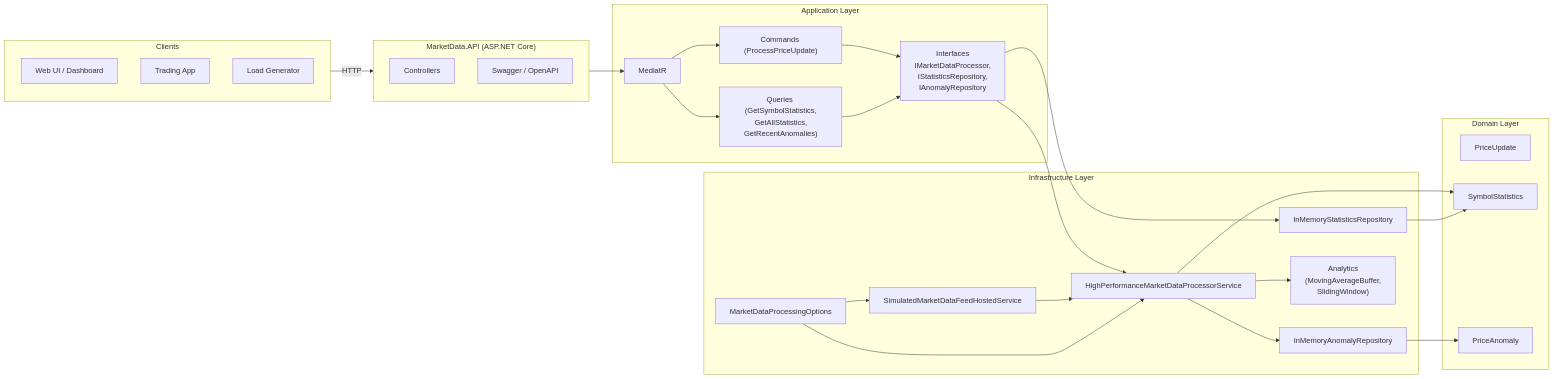
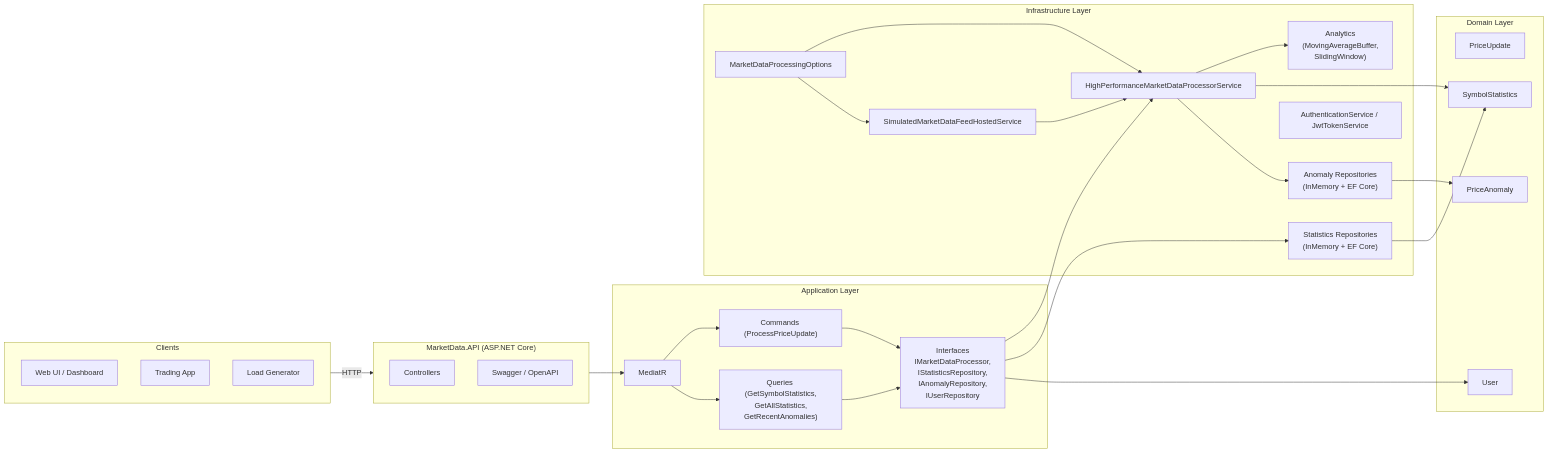
Before and after one commit to yasserebrahimi/MarketDataSystem: the first of 11 diagrams in README.md, drawn with Mermaid. The commit also changed other lines of this file and 75 other files, not shown here.

````diff
--- a/README.md
+++ b/README.md
@@ -63,59 +68,66 @@
 ```mermaid
 flowchart LR
     subgraph Clients
         UI["Web UI / Dashboard"]
         Trader["Trading App"]
         Load["Load Generator"]
     end
 
     subgraph API["MarketData.API (ASP.NET Core)"]
         Ctrl["Controllers"]
         Swagger["Swagger / OpenAPI"]
     end
 
     subgraph APP["Application Layer"]
         Cmd["Commands (ProcessPriceUpdate)"]
         Qry["Queries (GetSymbolStatistics,
 GetAllStatistics,
 GetRecentAnomalies)"]
         Medi["MediatR"]
         Intf["Interfaces
 IMarketDataProcessor,
 IStatisticsRepository,
-IAnomalyRepository"]
+IAnomalyRepository,
+IUserRepository"]
     end
 
     subgraph INF["Infrastructure Layer"]
         Proc["HighPerformanceMarketDataProcessorService"]
-        StatsRepo["InMemoryStatisticsRepository"]
-        AnomRepo["InMemoryAnomalyRepository"]
+        StatsRepo["Statistics Repositories
+(InMemory + EF Core)"]
+        AnomRepo["Anomaly Repositories
+(InMemory + EF Core)"]
         Sim["SimulatedMarketDataFeedHostedService"]
+        Auth["AuthenticationService / JwtTokenService"]
         Opts["MarketDataProcessingOptions"]
         Analyt["Analytics
 (MovingAverageBuffer,
 SlidingWindow)"]
     end
 
     subgraph DOM["Domain Layer"]
         PU["PriceUpdate"]
         SS["SymbolStatistics"]
         PA["PriceAnomaly"]
+        User["User"]
     end
 
     Clients -->|HTTP| API
     API --> Medi
     Medi --> Cmd
     Medi --> Qry
 
     Cmd --> Intf --> Proc
     Qry --> Intf --> StatsRepo
 
     Proc --> Analyt
     Proc --> SS
     Proc --> AnomRepo --> PA
 
     StatsRepo --> SS
     Sim --> Proc
     Opts --> Proc
     Opts --> Sim
+
+    Intf --> User
 ```
````
